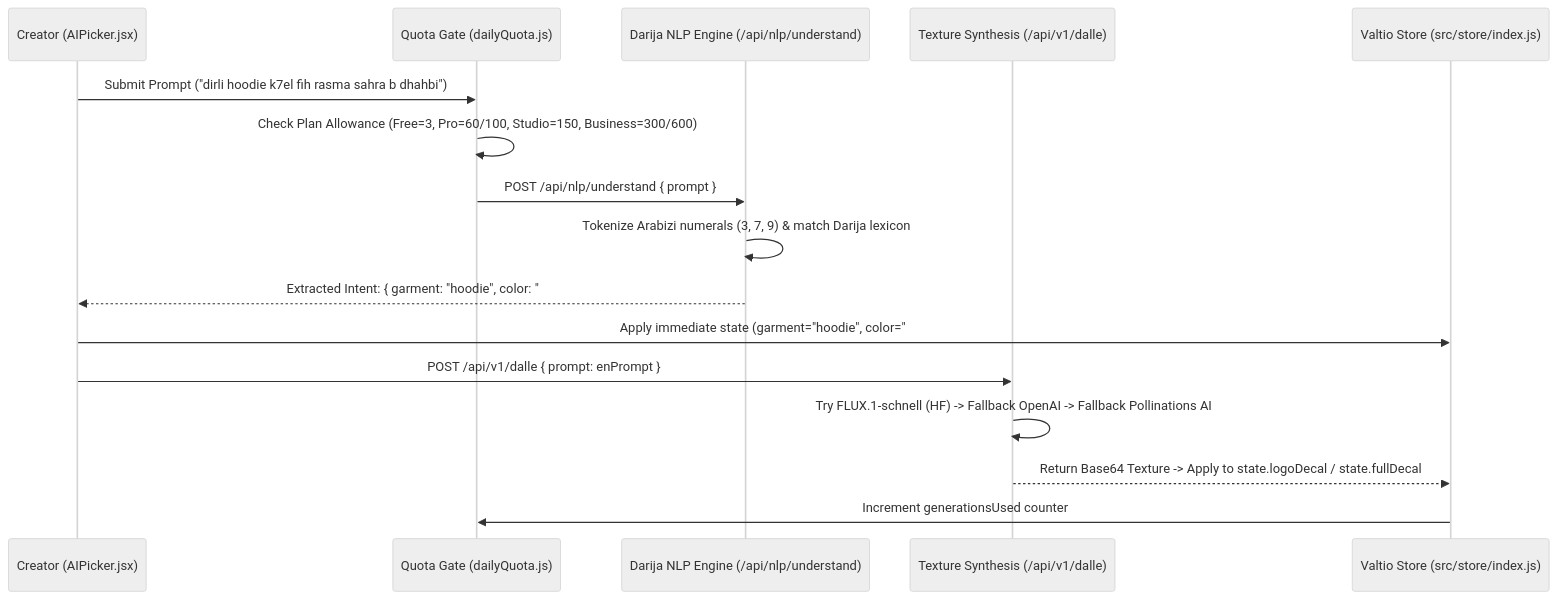
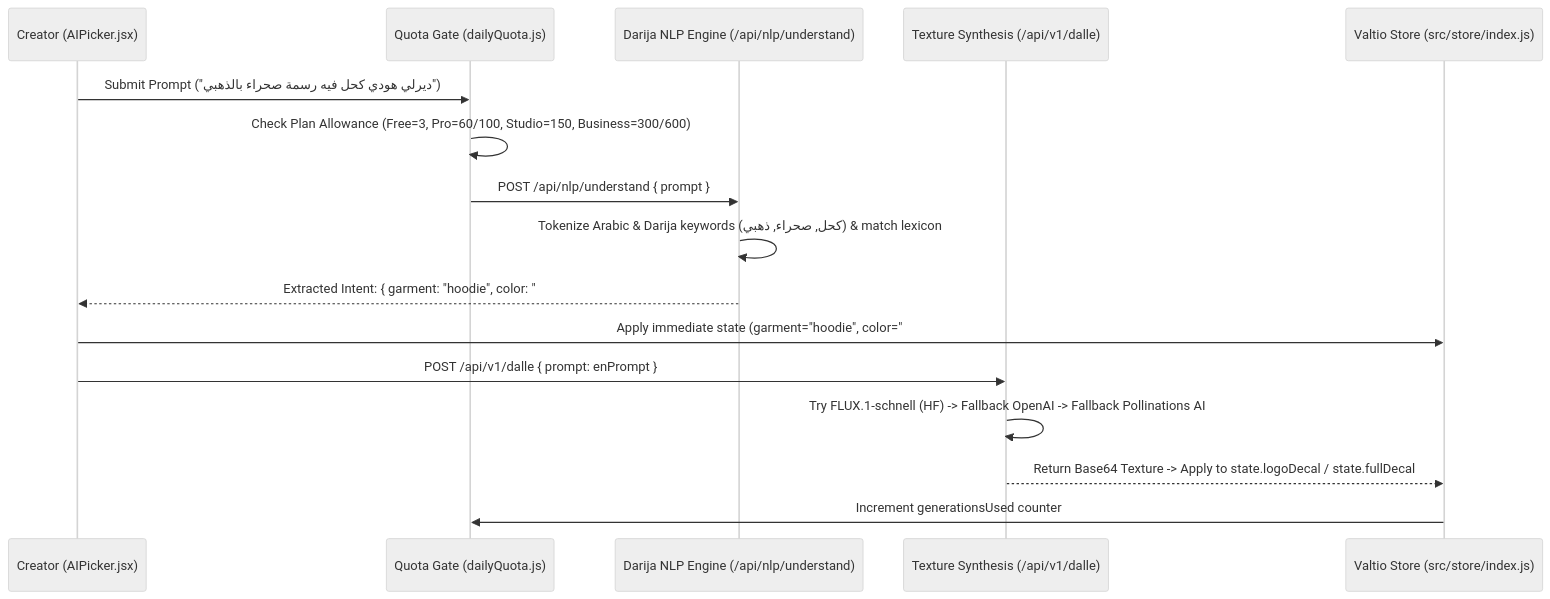
One commit to fouad3966/Thirduni---Designili changed the second of 2 diagrams in ARCHITECTURE.md. Above: the diagram before and after it, drawn with Mermaid (neutral theme). The commit also changed other lines of this file and 1 other file, not shown here.

Commit message:
docs: update team roles and convert all dialect terms to Arabic script

````diff
--- a/ARCHITECTURE.md
+++ b/ARCHITECTURE.md
@@ -98,19 +98,19 @@
 ```mermaid
 sequenceDiagram
     participant User as Creator (AIPicker.jsx)
     participant Quota as Quota Gate (dailyQuota.js)
     participant NLP as Darija NLP Engine (/api/nlp/understand)
     participant AI as Texture Synthesis (/api/v1/dalle)
     participant Store as Valtio Store (src/store/index.js)
 
-    User->>Quota: Submit Prompt ("dirli hoodie k7el fih rasma sahra b dhahbi")
+    User->>Quota: Submit Prompt ("ديرلي هودي كحل فيه رسمة صحراء بالذهبي")
     Quota->>Quota: Check Plan Allowance (Free=3, Pro=60/100, Studio=150, Business=300/600)
     Quota->>NLP: POST /api/nlp/understand { prompt }
-    NLP->>NLP: Tokenize Arabizi numerals (3, 7, 9) & match Darija lexicon
+    NLP->>NLP: Tokenize Arabic & Darija keywords (كحل, صحراء, ذهبي) & match lexicon
     NLP-->>User: Extracted Intent: { garment: "hoodie", color: "#111111", mode: "logo", enPrompt: "golden Saharan desert emblem..." }
     User->>Store: Apply immediate state (garment="hoodie", color="#111111")
     User->>AI: POST /api/v1/dalle { prompt: enPrompt }
     AI->>AI: Try FLUX.1-schnell (HF) -> Fallback OpenAI -> Fallback Pollinations AI
     AI-->>Store: Return Base64 Texture -> Apply to state.logoDecal / state.fullDecal
     Store->>Quota: Increment generationsUsed counter
 ```
````
